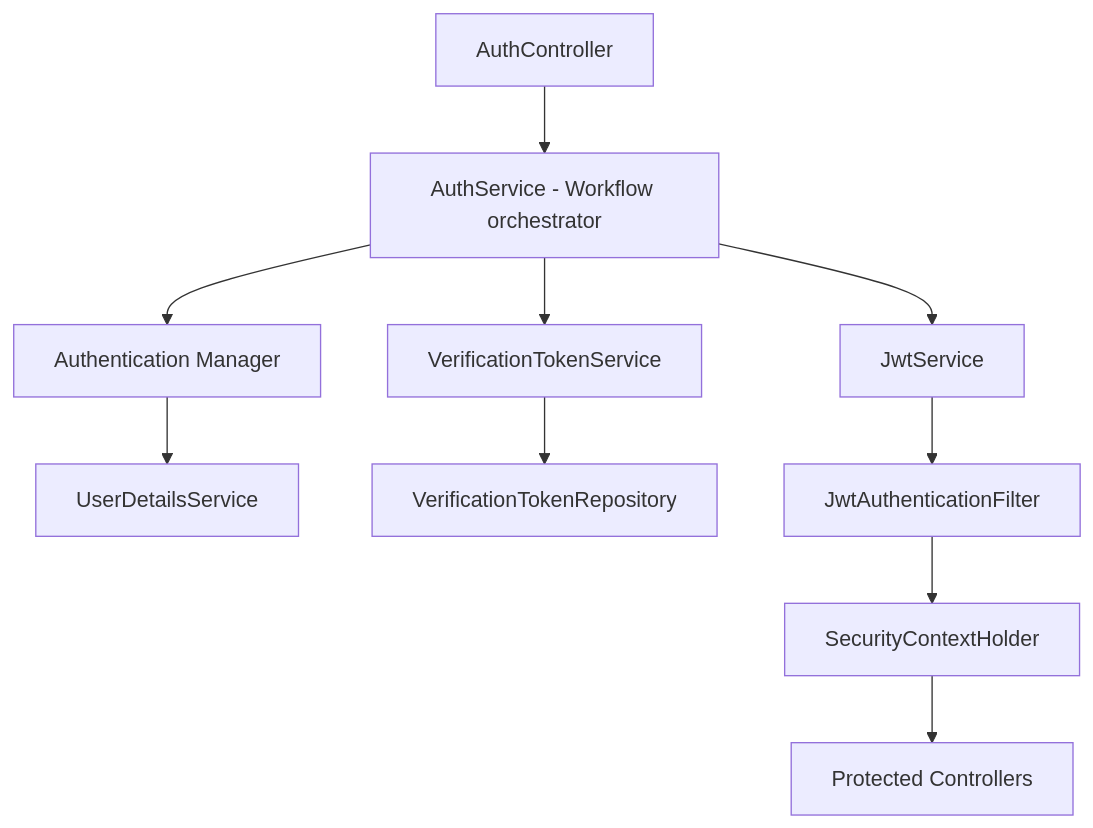
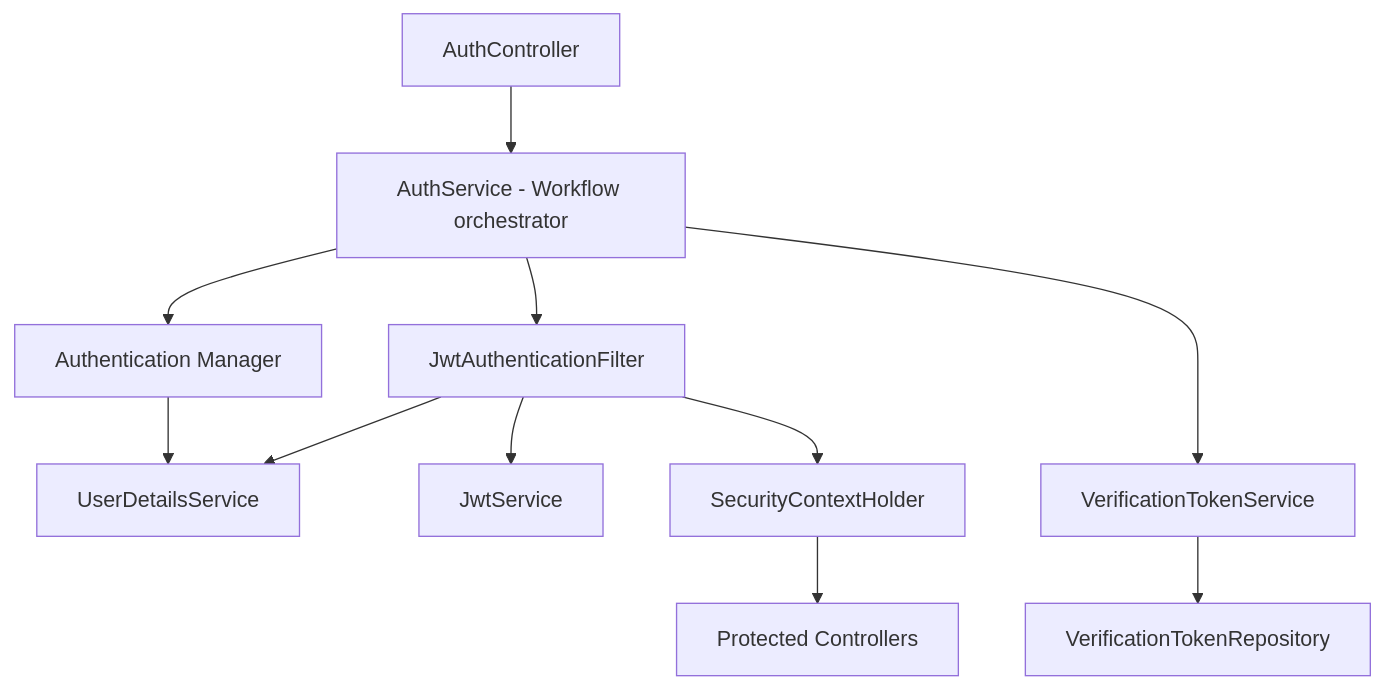
The first of 6 diagrams in docs/04-authentication.md (kartik19230/EventHub), drawn with Mermaid before and after one commit. The commit also changed other lines of this file and 7 other files, not shown here.

````diff
--- a/docs/04-authentication.md
+++ b/docs/04-authentication.md
@@ -34,12 +34,13 @@
 ```mermaid
 flowchart TB
   A[AuthController] --> B[AuthService - Workflow orchestrator]
   B --> C[Authentication Manager]
-  B --> D[VerificationTokenService]
-  B --> E[JwtService]
+  B --> D[JwtAuthenticationFilter]
+  B ---> E[VerificationTokenService]
   C --> F[UserDetailsService]
-  D --> G[VerificationTokenRepository]
-  E --> I[JwtAuthenticationFilter]
-  I --> J[SecurityContextHolder]
+  D --> F[UserDetailsService]
+  E --> G[VerificationTokenRepository]
+  D --> I[JwtService]
+  D --> J[SecurityContextHolder]
   J --> K[Protected Controllers]
 ```
````
